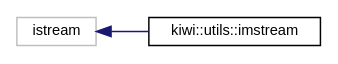
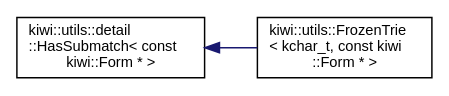
Before and after one commit to bab2min/Kiwi: the diagram in inherit_graph_78.dot, drawn with Graphviz. The commit also changed 167 other files, not shown here.

```diff
--- a/inherit_graph_78.dot
+++ b/inherit_graph_78.dot
@@ -1,10 +1,10 @@
 digraph "Graphical Class Hierarchy"
 {
  // LATEX_PDF_SIZE
   edge [fontname="Helvetica",fontsize="10",labelfontname="Helvetica",labelfontsize="10"];
   node [fontname="Helvetica",fontsize="10",shape=record];
   rankdir="LR";
-  Node64 [label="istream",height=0.2,width=0.4,color="grey75", fillcolor="white", style="filled",tooltip=" "];
-  Node64 -> Node0 [dir="back",color="midnightblue",fontsize="10",style="solid",fontname="Helvetica"];
-  Node0 [label="kiwi::utils::imstream",height=0.2,width=0.4,color="black", fillcolor="white", style="filled",URL="$classkiwi_1_1utils_1_1imstream.html",tooltip=" "];
+  Node0 [label="kiwi::utils::detail\l::HasSubmatch\< const\l kiwi::Form * \>",height=0.2,width=0.4,color="black", fillcolor="white", style="filled",URL="$structkiwi_1_1utils_1_1detail_1_1HasSubmatch.html",tooltip=" "];
+  Node0 -> Node1 [dir="back",color="midnightblue",fontsize="10",style="solid",fontname="Helvetica"];
+  Node1 [label="kiwi::utils::FrozenTrie\l\< kchar_t, const kiwi\l::Form * \>",height=0.2,width=0.4,color="black", fillcolor="white", style="filled",URL="$classkiwi_1_1utils_1_1FrozenTrie.html",tooltip=" "];
 }
```
